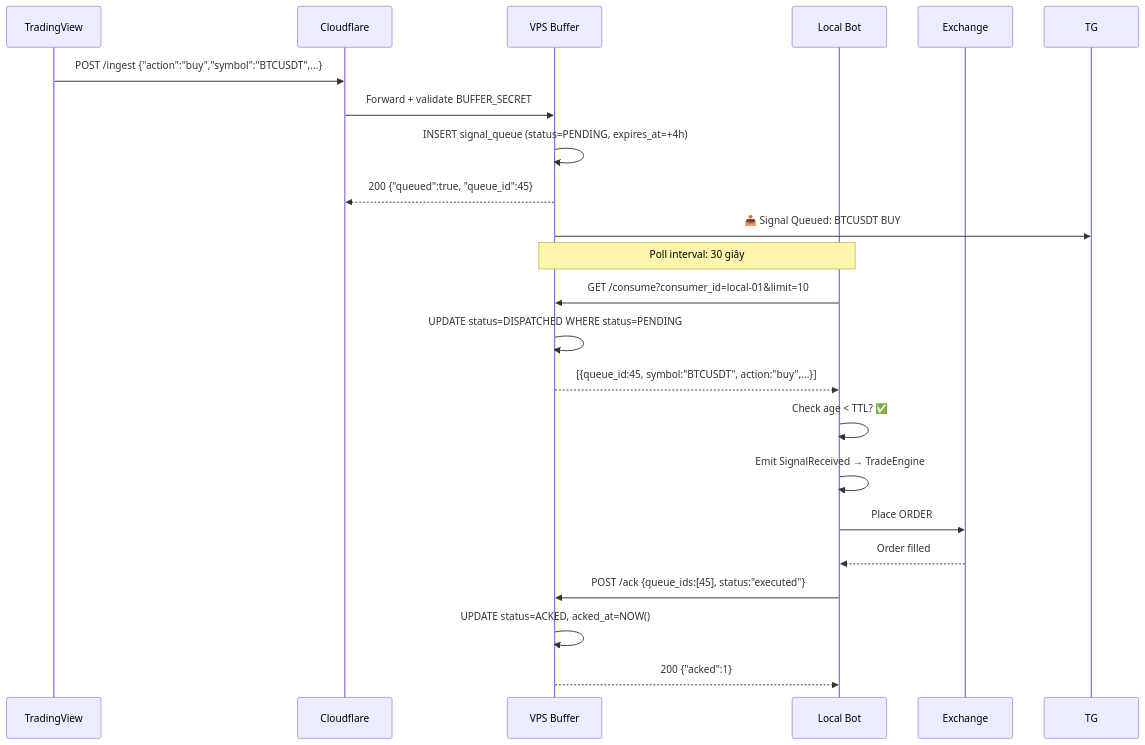
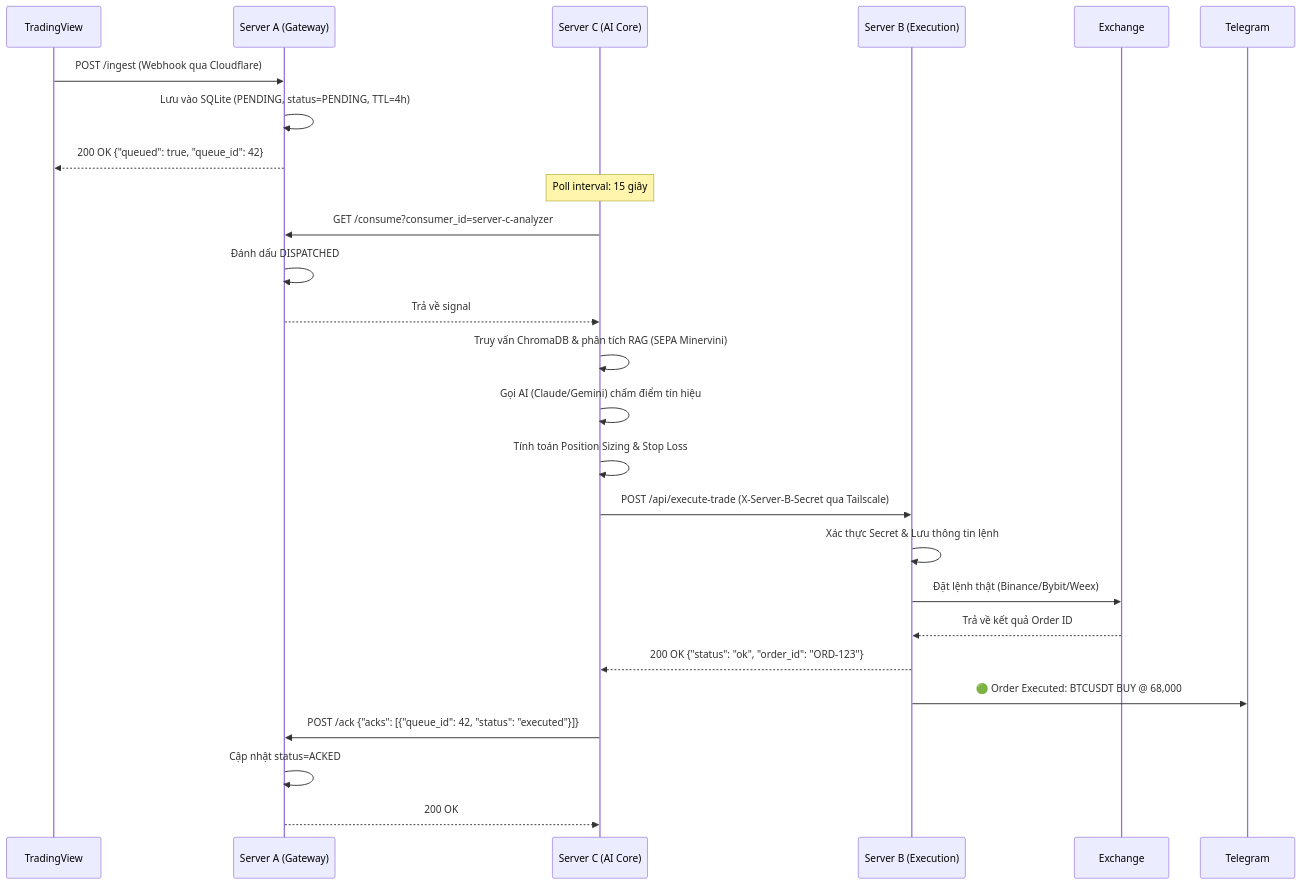
One commit to pessilogroup/TradingViewProject changed the third of 4 diagrams in docs/plans/arhitectures/VPS_BUFFER_ARCHITECTURE.md. Above: the diagram before and after it, drawn with Mermaid. The commit also changed other lines of this file and 12 other files, not shown here.

````diff
--- a/docs/plans/arhitectures/VPS_BUFFER_ARCHITECTURE.md
+++ b/docs/plans/arhitectures/VPS_BUFFER_ARCHITECTURE.md
@@ -136,28 +135,32 @@
 ```mermaid
 sequenceDiagram
     participant TV as TradingView
-    participant CF as Cloudflare
-    participant VBS as VPS Buffer
-    participant BOT as Local Bot
+    participant A as Server A (Gateway)
+    participant C as Server C (AI Core)
+    participant B as Server B (Execution)
     participant EX as Exchange
 
-    TV->>CF: POST /ingest {"action":"buy","symbol":"BTCUSDT",...}
-    CF->>VBS: Forward + validate BUFFER_SECRET
-    VBS->>VBS: INSERT signal_queue (status=PENDING, expires_at=+4h)
-    VBS-->>CF: 200 {"queued":true, "queue_id":45}
-    VBS->>TG: 📥 Signal Queued: BTCUSDT BUY
-
-    Note over BOT,VBS: Poll interval: 30 giây
-    BOT->>VBS: GET /consume?consumer_id=local-01&limit=10
-    VBS->>VBS: UPDATE status=DISPATCHED WHERE status=PENDING
-    VBS-->>BOT: [{queue_id:45, symbol:"BTCUSDT", action:"buy",...}]
-
-    BOT->>BOT: Check age < TTL? ✅
-    BOT->>BOT: Emit SignalReceived → TradeEngine
-    BOT->>EX: Place ORDER
-    EX-->>BOT: Order filled
-
-    BOT->>VBS: POST /ack {queue_ids:[45], status:"executed"}
-    VBS->>VBS: UPDATE status=ACKED, acked_at=NOW()
-    VBS-->>BOT: 200 {"acked":1}
+    TV->>A: POST /ingest (Webhook qua Cloudflare)
+    A->>A: Lưu vào SQLite (PENDING, status=PENDING, TTL=4h)
+    A-->>TV: 200 OK {"queued": true, "queue_id": 42}
+    
+    Note over C: Poll interval: 15 giây
+    C->>A: GET /consume?consumer_id=server-c-analyzer
+    A->>A: Đánh dấu DISPATCHED
+    A-->>C: Trả về signal #42
+    
+    C->>C: Truy vấn ChromaDB & phân tích RAG (SEPA Minervini)
+    C->>C: Gọi AI (Claude/Gemini) chấm điểm tín hiệu
+    C->>C: Tính toán Position Sizing & Stop Loss
+    
+    C->>B: POST /api/execute-trade (X-Server-B-Secret qua Tailscale)
+    B->>B: Xác thực Secret & Lưu thông tin lệnh
+    B->>EX: Đặt lệnh thật (Binance/Bybit/Weex)
+    EX-->>B: Trả về kết quả Order ID
+    B-->>C: 200 OK {"status": "ok", "order_id": "ORD-123"}
+    B->>Telegram: 🟢 Order Executed: BTCUSDT BUY @ 68,000
+    
+    C->>A: POST /ack {"acks": [{"queue_id": 42, "status": "executed"}]}
+    A->>A: Cập nhật status=ACKED
+    A-->>C: 200 OK
 ```
````
